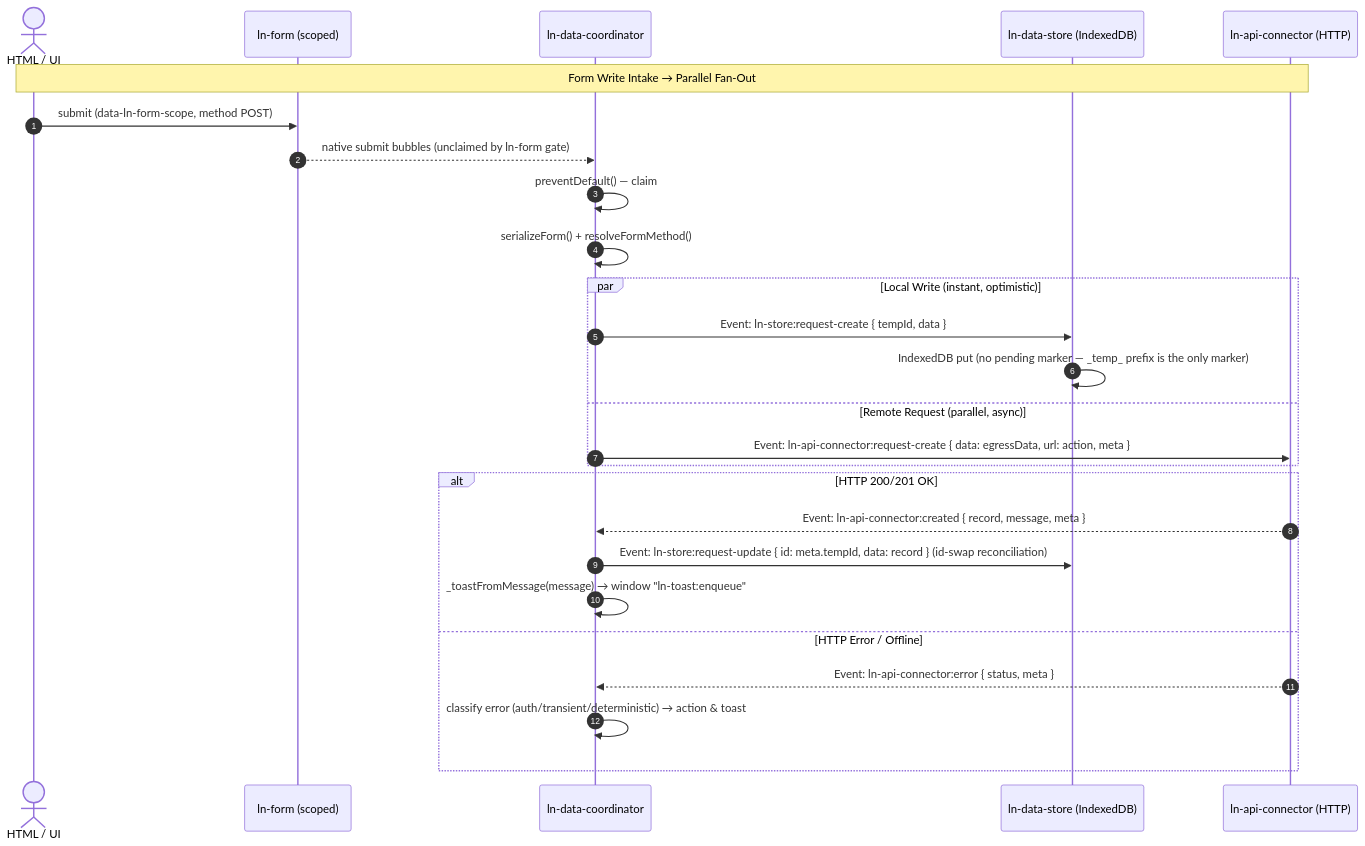
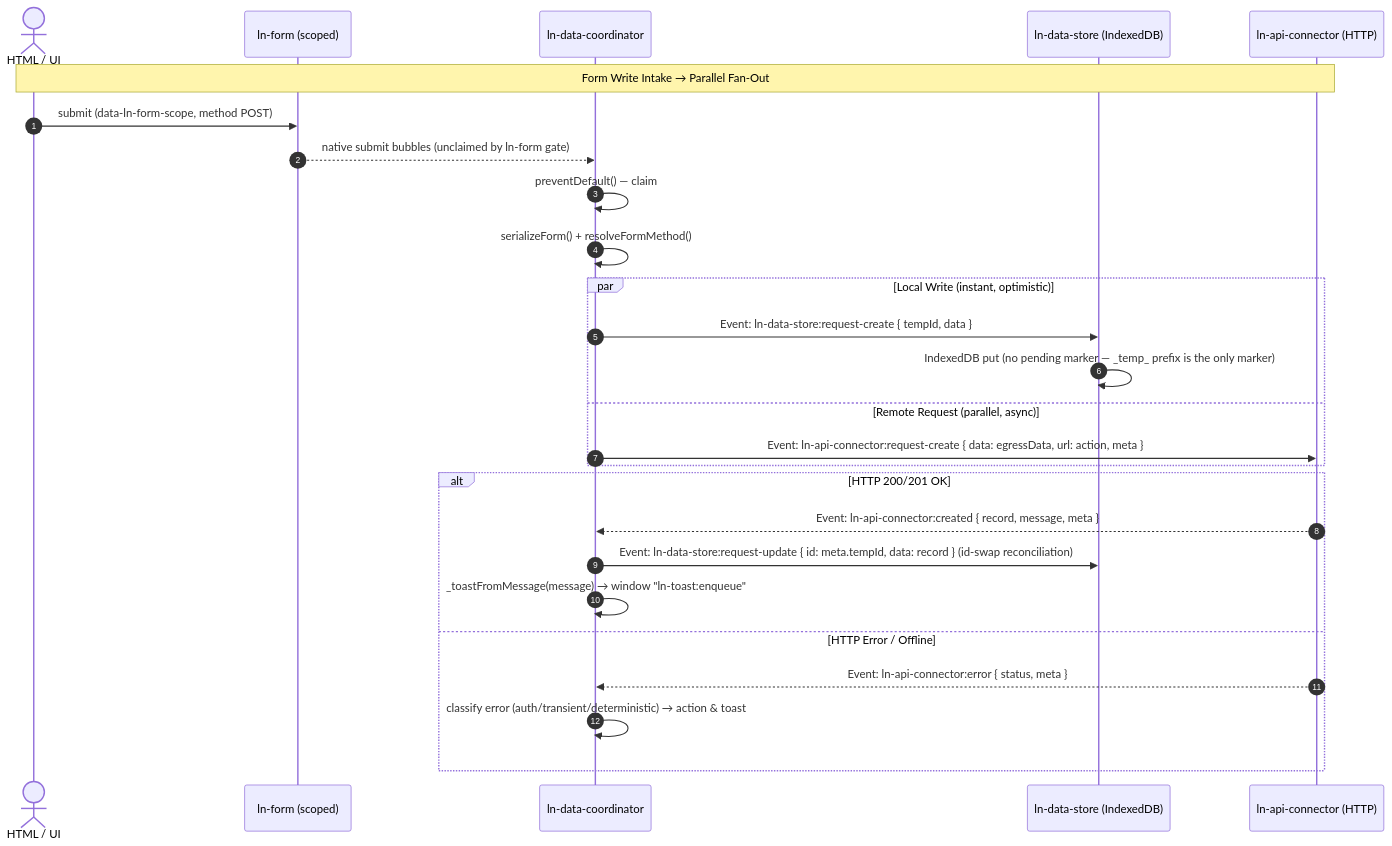
Before and after one commit to livenetworks/ln-ashlar: the diagram in docs-mcp/components/ln-data-coordinator.md, drawn with Mermaid. The commit also changed other lines of this file and 58 other files, not shown here.

Commit message:
refactor(data-store): rename events to ln-data-store:* across components, demo, and docs

````diff
--- a/docs-mcp/components/ln-data-coordinator.md
+++ b/docs-mcp/components/ln-data-coordinator.md
@@ -165,29 +165,29 @@
 ```mermaid
 sequenceDiagram
     autonumber
     actor Dev as HTML / UI
     participant Form as ln-form (scoped)
     participant Coord as ln-data-coordinator
     participant Store as ln-data-store (IndexedDB)
     participant Conn as ln-api-connector (HTTP)
 
     Note over Dev, Conn: Form Write Intake → Parallel Fan-Out
     Dev->>Form: submit (data-ln-form-scope, method POST)
     Form-->>Coord: native submit bubbles (unclaimed by ln-form gate)
     Coord->>Coord: preventDefault() — claim
     Coord->>Coord: serializeForm() + resolveFormMethod()
     par Local Write (instant, optimistic)
-        Coord->>Store: Event: ln-store:request-create { tempId, data }
+        Coord->>Store: Event: ln-data-store:request-create { tempId, data }
         Store->>Store: IndexedDB put (no pending marker — _temp_ prefix is the only marker)
     and Remote Request (parallel, async)
         Coord->>Conn: Event: ln-api-connector:request-create { data: egressData, url: action, meta }
     end
     alt HTTP 200/201 OK
         Conn-->>Coord: Event: ln-api-connector:created { record, message, meta }
-        Coord->>Store: Event: ln-store:request-update { id: meta.tempId, data: record } (id-swap reconciliation)
+        Coord->>Store: Event: ln-data-store:request-update { id: meta.tempId, data: record } (id-swap reconciliation)
         Coord->>Coord: _toastFromMessage(message) → window "ln-toast:enqueue"
     else HTTP Error / Offline
         Conn-->>Coord: Event: ln-api-connector:error { status, meta }
         Coord->>Coord: classify error (auth/transient/deterministic) → action & toast
     end
 ```
````
